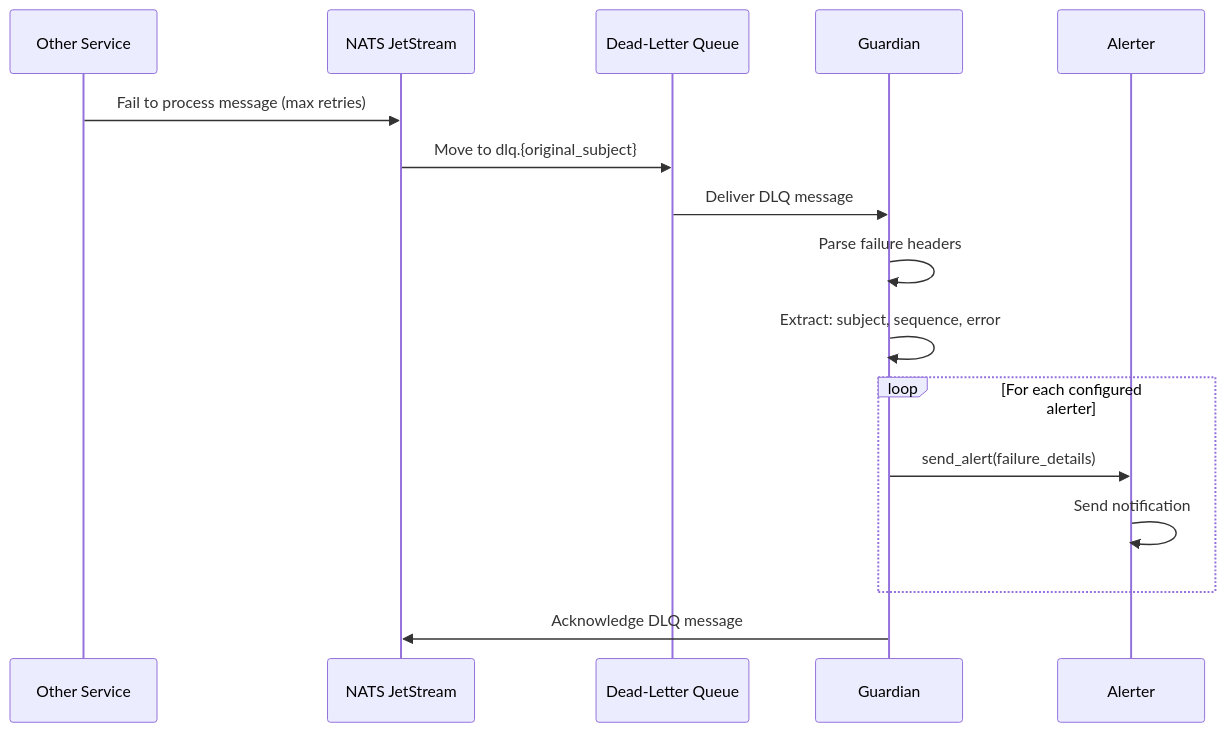
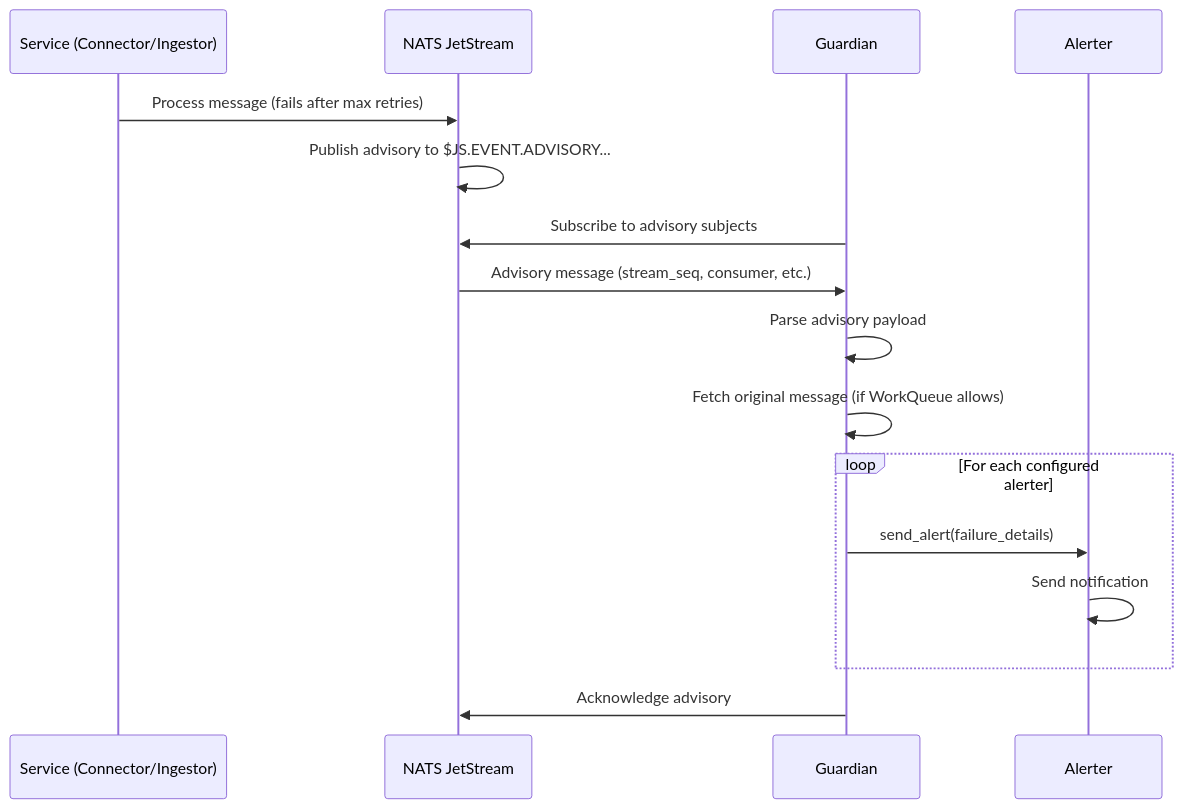
The second of 3 diagrams in docs/services/guardian-service.md (gen-mind/echo-mind), drawn with Mermaid before and after one commit. The commit also changed other lines of this file and 38 other files, not shown here.

````diff
--- a/docs/services/guardian-service.md
+++ b/docs/services/guardian-service.md
@@ -51,22 +65,23 @@
 ```mermaid
 sequenceDiagram
-    participant S as Other Service
+    participant S as Service (Connector/Ingestor)
     participant N as NATS JetStream
-    participant DLQ as Dead-Letter Queue
     participant G as Guardian
     participant A as Alerter
 
-    S->>N: Fail to process message (max retries)
-    N->>DLQ: Move to dlq.{original_subject}
-    DLQ->>G: Deliver DLQ message
+    S->>N: Process message (fails after max retries)
+    N->>N: Publish advisory to $JS.EVENT.ADVISORY...
 
-    G->>G: Parse failure headers
-    G->>G: Extract: subject, sequence, error
+    G->>N: Subscribe to advisory subjects
+    N->>G: Advisory message (stream_seq, consumer, etc.)
+
+    G->>G: Parse advisory payload
+    G->>G: Fetch original message (if WorkQueue allows)
 
     loop For each configured alerter
         G->>A: send_alert(failure_details)
         A->>A: Send notification
     end
 
-    G->>N: Acknowledge DLQ message
+    G->>N: Acknowledge advisory
 ```
````
